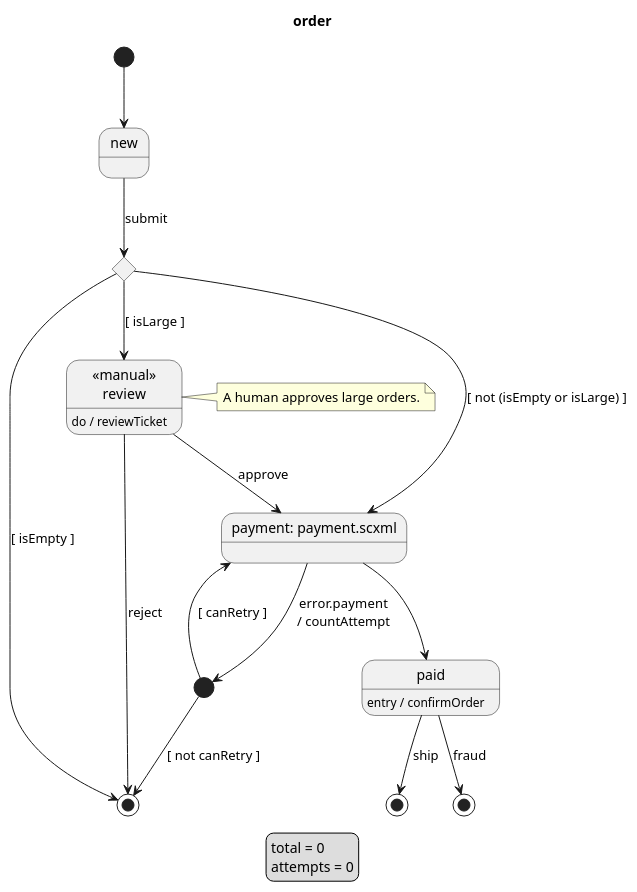
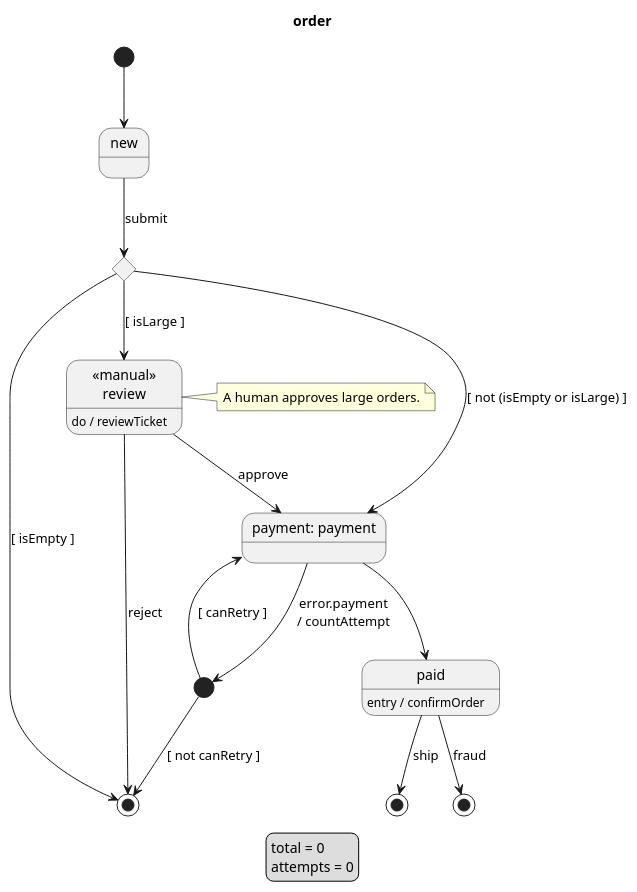
One commit to vincedupuis/transplantUML changed the diagram in example/order.puml. Above: the diagram before and after it, drawn with PlantUML. The commit also changed 17 other files, not shown here.

```diff
--- a/example/order.puml
+++ b/example/order.puml
@@ -1,32 +1,32 @@
 @startuml
 title order
 legend
     total = 0
     attempts = 0
 endlegend
 [*] --> new
 state new
 state check <<choice>>
 state "«manual»\nreview" as review <<manual>>
 review : do / reviewTicket
 note right of review : A human approves large orders.
-state "payment: payment.scxml" as payment
+state "payment: payment" as payment
 state retry <<start>>
 state paid
 paid : entry / confirmOrder
 state shipped <<end>>
 state rejected <<end>>
 state killed <<end>>
 new --> check: submit
 check --> rejected: [ isEmpty ]
 check --> review: [ isLarge ]
 check --> payment: [ not (isEmpty or isLarge) ]
 review --> payment: approve
 review --> rejected: reject
 payment --> paid
 payment --> retry: error.payment\n/ countAttempt
 retry --> payment: [ canRetry ]
 retry --> rejected: [ not canRetry ]
 paid --> shipped: ship
 paid --> killed: fraud
 @enduml
```
